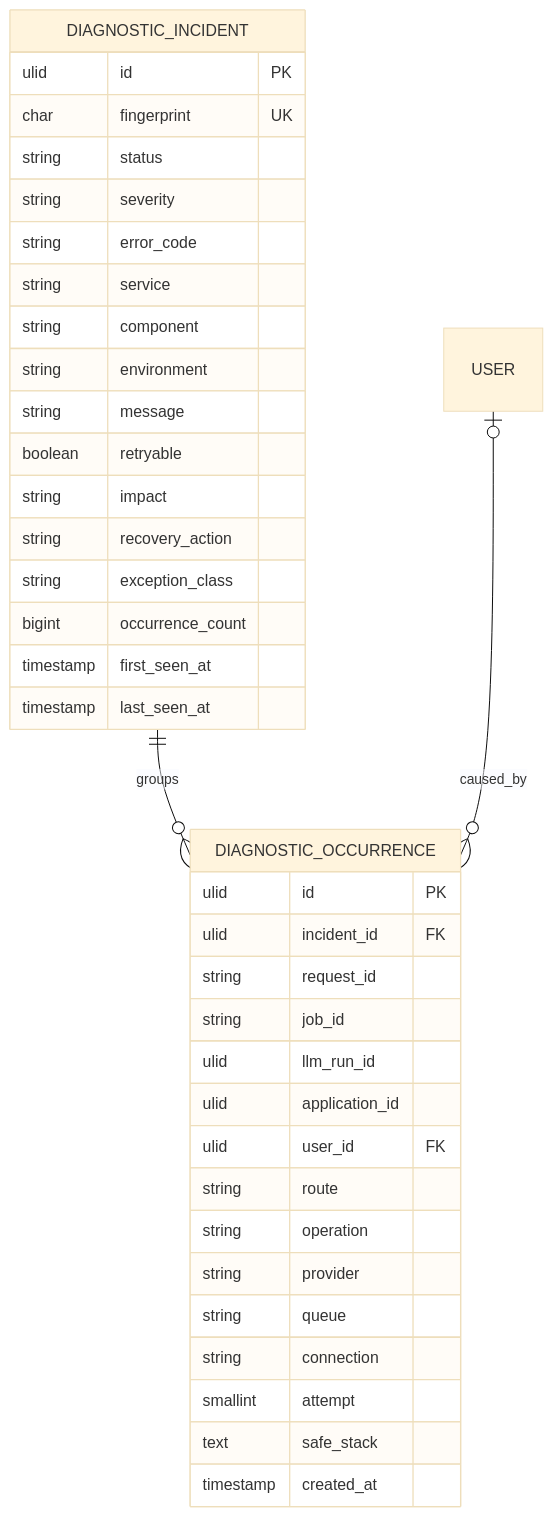
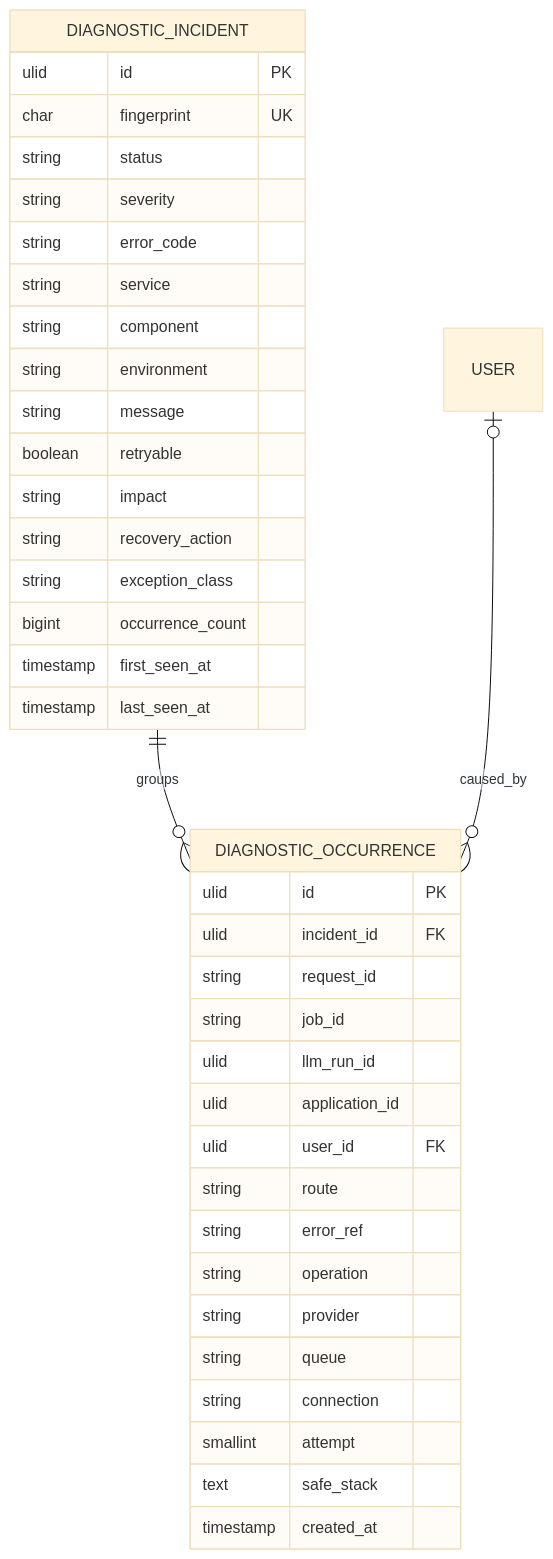
The diagram in docs/04-Data/Diagnostics.md (filatelist-hitech/CVortex), drawn with Mermaid (base theme) before and after one commit. The commit also changed other lines of this file and 31 other files, not shown here.

````diff
--- a/docs/04-Data/Diagnostics.md
+++ b/docs/04-Data/Diagnostics.md
@@ -13,40 +13,41 @@
 ```mermaid
 erDiagram
   DIAGNOSTIC_INCIDENT ||--o{ DIAGNOSTIC_OCCURRENCE : groups
   USER |o--o{ DIAGNOSTIC_OCCURRENCE : caused_by
   DIAGNOSTIC_INCIDENT {
     ulid id PK
     char fingerprint UK
     string status
     string severity
     string error_code
     string service
     string component
     string environment
     string message
     boolean retryable
     string impact
     string recovery_action
     string exception_class
     bigint occurrence_count
     timestamp first_seen_at
     timestamp last_seen_at
   }
   DIAGNOSTIC_OCCURRENCE {
     ulid id PK
     ulid incident_id FK
     string request_id
     string job_id
     ulid llm_run_id
     ulid application_id
     ulid user_id FK
     string route
+    string error_ref
     string operation
     string provider
     string queue
     string connection
     smallint attempt
     text safe_stack
     timestamp created_at
   }
 ```
````
